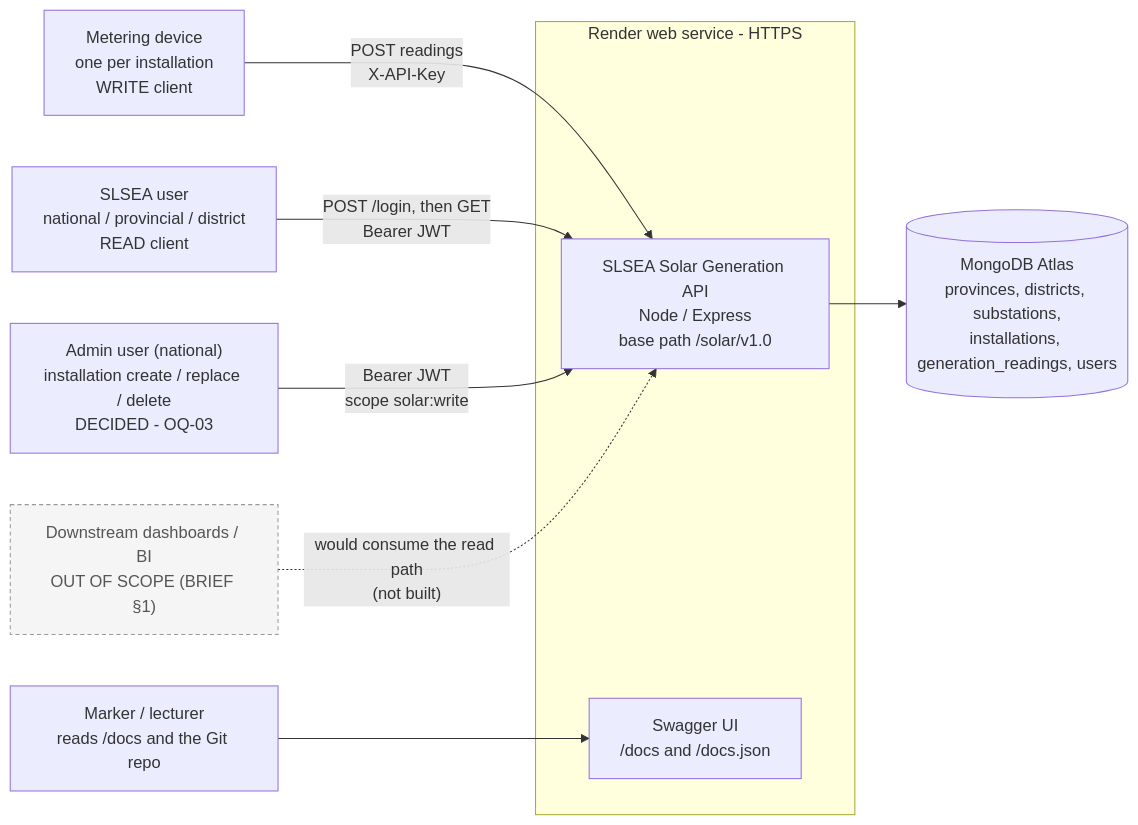
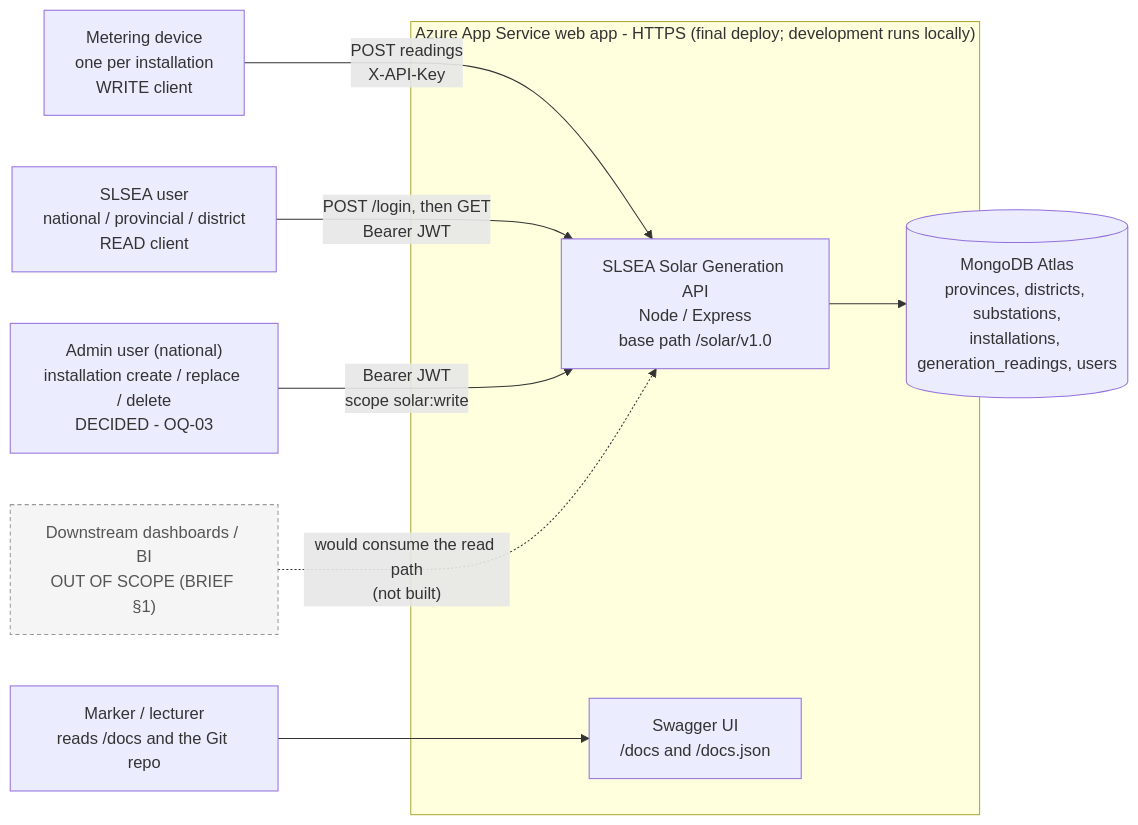
The diagram in docs/design/diagrams/01-context.mmd (hashiniRanasinghe/solar-api), drawn with Mermaid before and after one commit. The commit also changed 6 other files, not shown here.

Commit message:
docs: update decisions and diagrams for the local-first Azure plan

```diff
--- a/docs/design/diagrams/01-context.mmd
+++ b/docs/design/diagrams/01-context.mmd
@@ -1,27 +1,27 @@
 %% 01-context.mmd - System / context architecture
 %% Basis: BRIEF §2 (write-read split), §7 (public HTTPS deploy, live Swagger), §1 (dashboards out of scope)
 %% Decisions: my-decisions §1, §6, §10. PLAN §6.
 %% Status: no OPEN dependency. Admin actor: DECIDED (OQ-03, one national-level admin role).
 flowchart LR
   DEV["Metering device<br/>one per installation<br/>WRITE client"]
   USR["SLSEA user<br/>national / provincial / district<br/>READ client"]
   ADM["Admin user (national)<br/>installation create / replace / delete<br/>DECIDED - OQ-03"]
   MKR["Marker / lecturer<br/>reads /docs and the Git repo"]
   BI["Downstream dashboards / BI<br/>OUT OF SCOPE (BRIEF §1)"]
 
-  subgraph RENDER["Render web service - HTTPS"]
+  subgraph HOST["Azure App Service web app - HTTPS (final deploy; development runs locally)"]
     API["SLSEA Solar Generation API<br/>Node / Express<br/>base path /solar/v1.0"]
     DOCS["Swagger UI<br/>/docs and /docs.json"]
   end
 
   DB[("MongoDB Atlas<br/>provinces, districts, substations,<br/>installations, generation_readings, users")]
 
   DEV -- "POST readings<br/>X-API-Key" --> API
   USR -- "POST /login, then GET<br/>Bearer JWT" --> API
   ADM -- "Bearer JWT<br/>scope solar:write" --> API
   API --> DB
   MKR --> DOCS
   BI -. "would consume the read path<br/>(not built)" .-> API
 
   classDef out fill:#f5f5f5,stroke:#999,stroke-dasharray:4 3,color:#555
   class BI out
```
